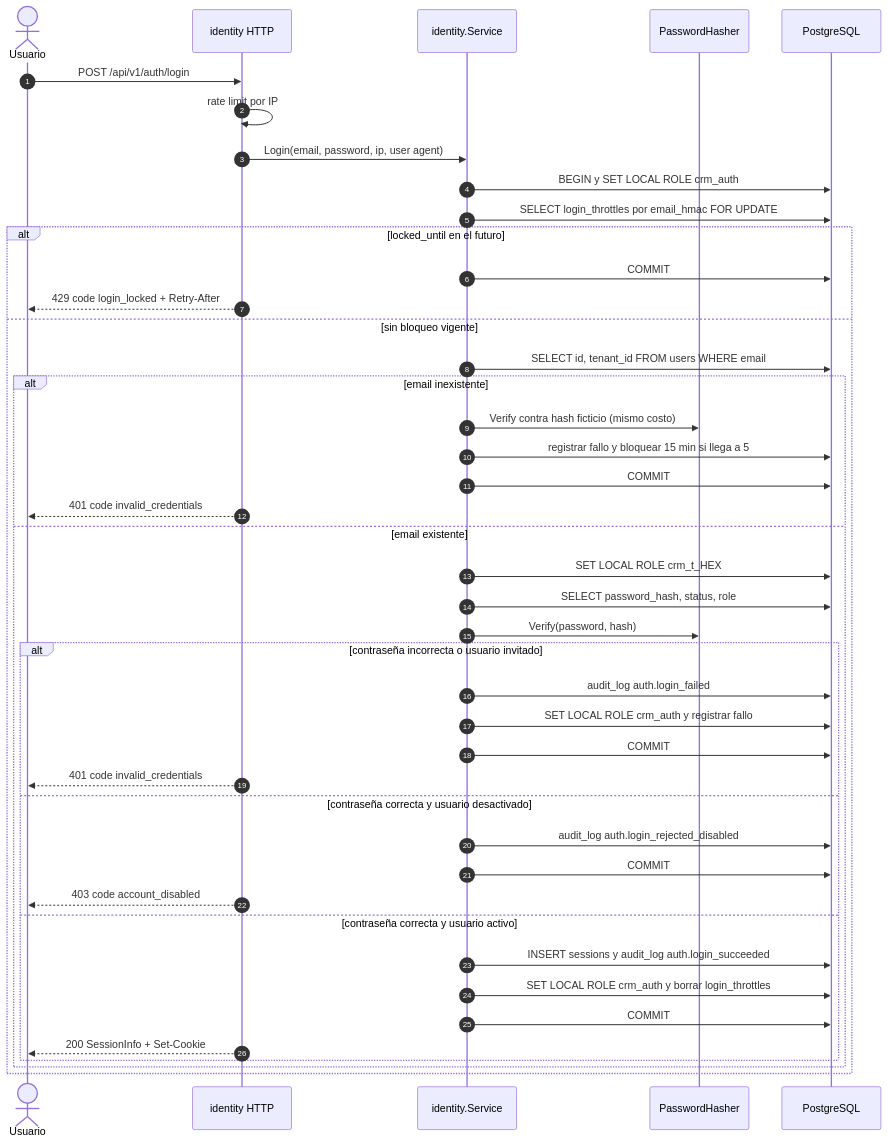
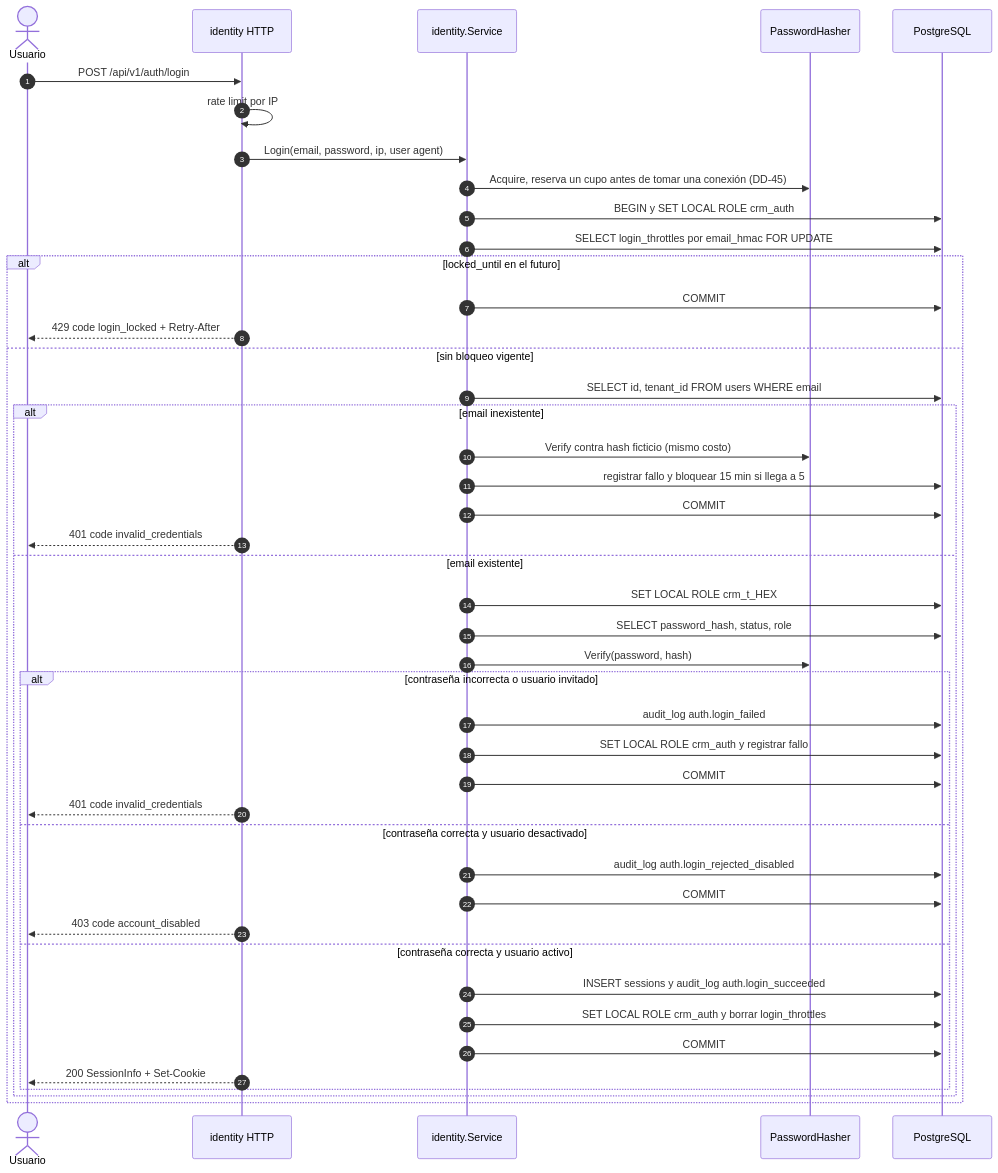
The fourth of 12 diagrams in specs/001-empresas-usuarios/plan.md (fdelillo/crm), drawn with Mermaid before and after one commit. The commit also changed other lines of this file and 9 other files, not shown here.

````diff
--- a/specs/001-empresas-usuarios/plan.md
+++ b/specs/001-empresas-usuarios/plan.md
@@ -403,46 +405,47 @@
 ```mermaid
 sequenceDiagram
     autonumber
     actor U as Usuario
     participant H as identity HTTP
     participant S as identity.Service
     participant P as PasswordHasher
     participant DB as PostgreSQL
 
     U->>H: POST /api/v1/auth/login
     H->>H: rate limit por IP
     H->>S: Login(email, password, ip, user agent)
+    S->>P: Acquire, reserva un cupo antes de tomar una conexión (DD-45)
     S->>DB: BEGIN y SET LOCAL ROLE crm_auth
     S->>DB: SELECT login_throttles por email_hmac FOR UPDATE
     alt locked_until en el futuro
         S->>DB: COMMIT
         H-->>U: 429 code login_locked + Retry-After
     else sin bloqueo vigente
         S->>DB: SELECT id, tenant_id FROM users WHERE email
         alt email inexistente
             S->>P: Verify contra hash ficticio (mismo costo)
             S->>DB: registrar fallo y bloquear 15 min si llega a 5
             S->>DB: COMMIT
             H-->>U: 401 code invalid_credentials
         else email existente
             S->>DB: SET LOCAL ROLE crm_t_HEX
             S->>DB: SELECT password_hash, status, role
             S->>P: Verify(password, hash)
             alt contraseña incorrecta o usuario invitado
                 S->>DB: audit_log auth.login_failed
                 S->>DB: SET LOCAL ROLE crm_auth y registrar fallo
                 S->>DB: COMMIT
                 H-->>U: 401 code invalid_credentials
             else contraseña correcta y usuario desactivado
                 S->>DB: audit_log auth.login_rejected_disabled
                 S->>DB: COMMIT
                 H-->>U: 403 code account_disabled
             else contraseña correcta y usuario activo
                 S->>DB: INSERT sessions y audit_log auth.login_succeeded
                 S->>DB: SET LOCAL ROLE crm_auth y borrar login_throttles
                 S->>DB: COMMIT
                 H-->>U: 200 SessionInfo + Set-Cookie
             end
         end
     end
 ```
````
